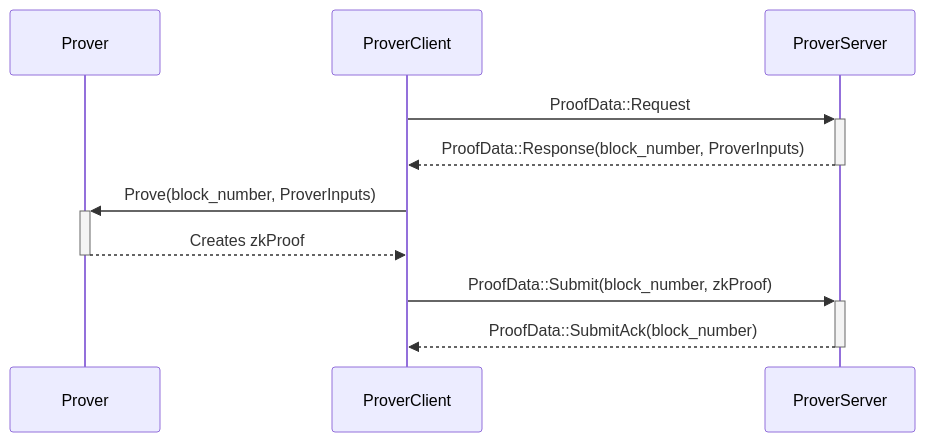
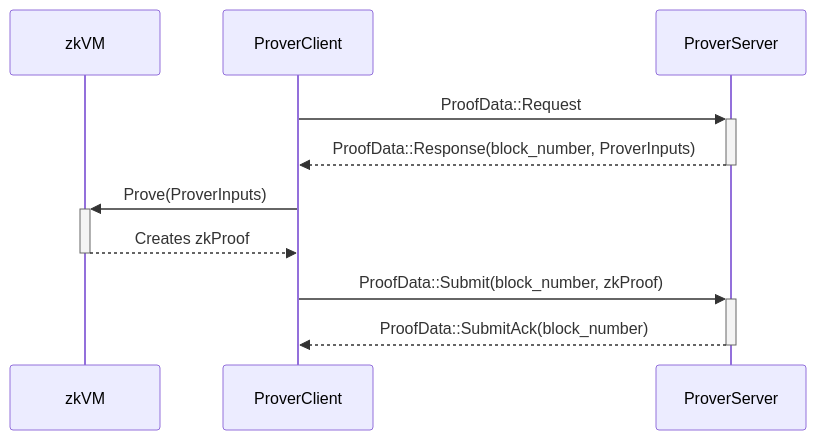
The diagram in crates/l2/docs/prover.md (lambdaclass/lambda_ethereum_rust), drawn with Mermaid before and after one commit. The commit also changed other lines of this file and 1 other file, not shown here.

````diff
--- a/crates/l2/docs/prover.md
+++ b/crates/l2/docs/prover.md
@@ -29,12 +31,12 @@
 ```mermaid
 sequenceDiagram
-    participant Prover
+    participant zkVM
     participant ProverClient
     participant ProverServer
     ProverClient->>+ProverServer: ProofData::Request
     ProverServer-->>-ProverClient: ProofData::Response(block_number, ProverInputs)
-    ProverClient->>+Prover: Prove(block_number, ProverInputs)
-    Prover-->>-ProverClient: Creates zkProof
+    ProverClient->>+zkVM: Prove(ProverInputs)
+    zkVM-->>-ProverClient: Creates zkProof
     ProverClient->>+ProverServer: ProofData::Submit(block_number, zkProof)
     ProverServer-->>-ProverClient: ProofData::SubmitAck(block_number)
 ```
````
